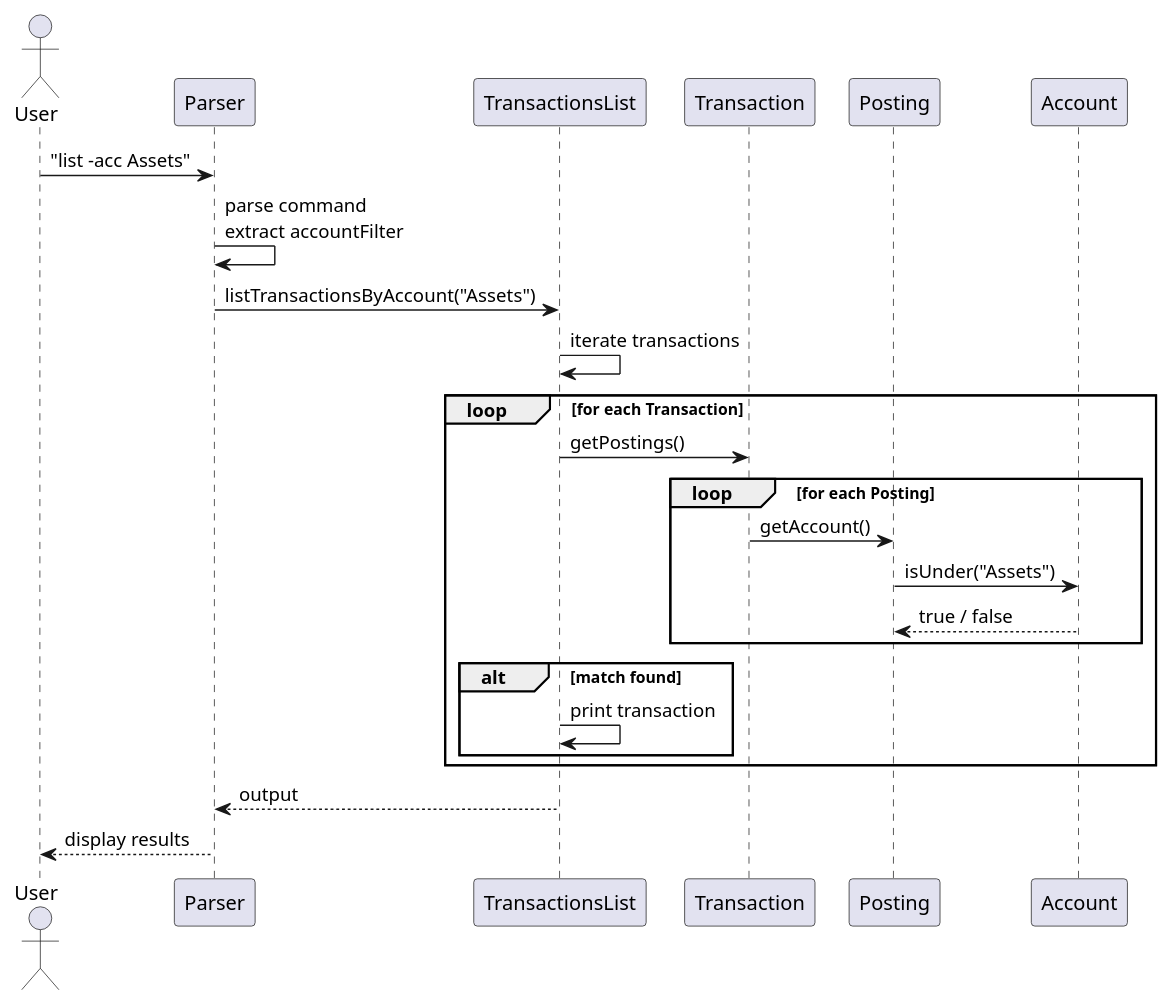
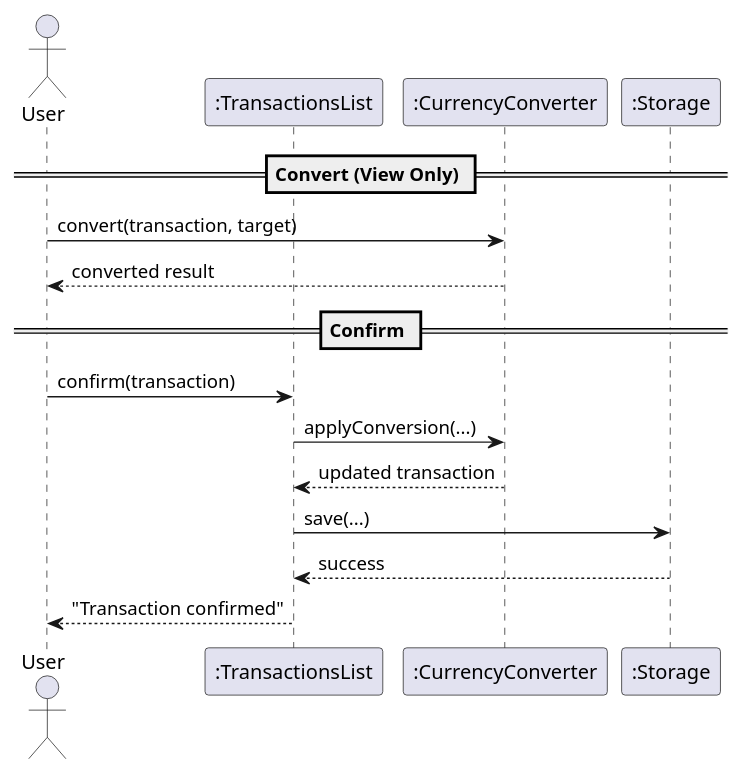
Before and after one commit to yeejj/tp: the diagram in docs/diagrams/HierachalAccRegFiltering.puml, drawn with PlantUML. The commit also changed other lines of this file and 35 other files, not shown here.

Commit message:
TADG-#37-table of contents and new class diagrams

```diff
--- a/docs/diagrams/HierachalAccRegFiltering.puml
+++ b/docs/diagrams/HierachalAccRegFiltering.puml
@@ -2,35 +1,23 @@
 @startuml
+
 actor User
+participant ":TransactionsList" as List
+participant ":CurrencyConverter" as Converter
+participant ":Storage" as Storage
 
-participant Parser
-participant TransactionsList
-participant Transaction
-participant Posting
-participant Account
+== Convert (View Only) ==
+User -> Converter : convert(transaction, target)
+Converter --> User : converted result
 
-User -> Parser : "list -acc Assets"
-Parser -> Parser : parse command\nextract accountFilter
+== Confirm ==
+User -> List : confirm(transaction)
 
-Parser -> TransactionsList : listTransactionsByAccount("Assets")
+List -> Converter : applyConversion(...)
+Converter --> List : updated transaction
 
-TransactionsList -> TransactionsList : iterate transactions
+List -> Storage : save(...)
+Storage --> List : success
 
-loop for each Transaction
-    TransactionsList -> Transaction : getPostings()
+List --> User : "Transaction confirmed"
 
-    loop for each Posting
-        Transaction -> Posting : getAccount()
-
-        Posting -> Account : isUnder("Assets")
-
-        Account --> Posting : true / false
-    end
-
-    alt match found
-        TransactionsList -> TransactionsList : print transaction
-    end
-end
-
-TransactionsList --> Parser : output
-Parser --> User : display results
 @enduml
```
